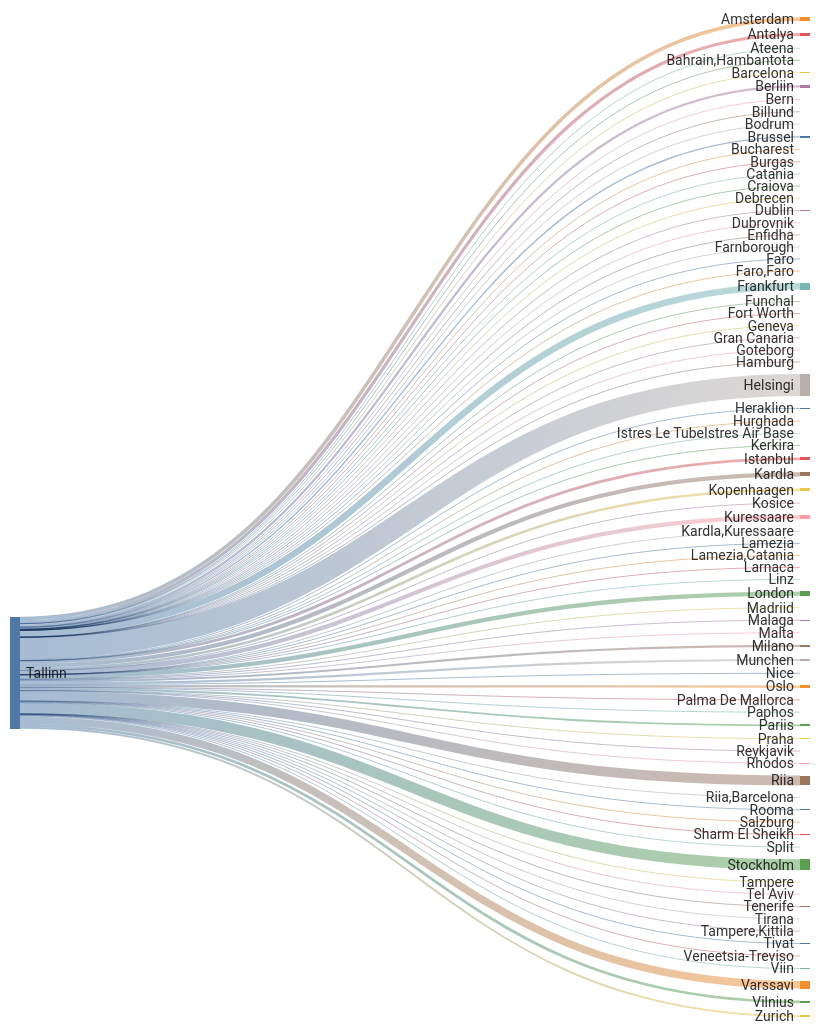
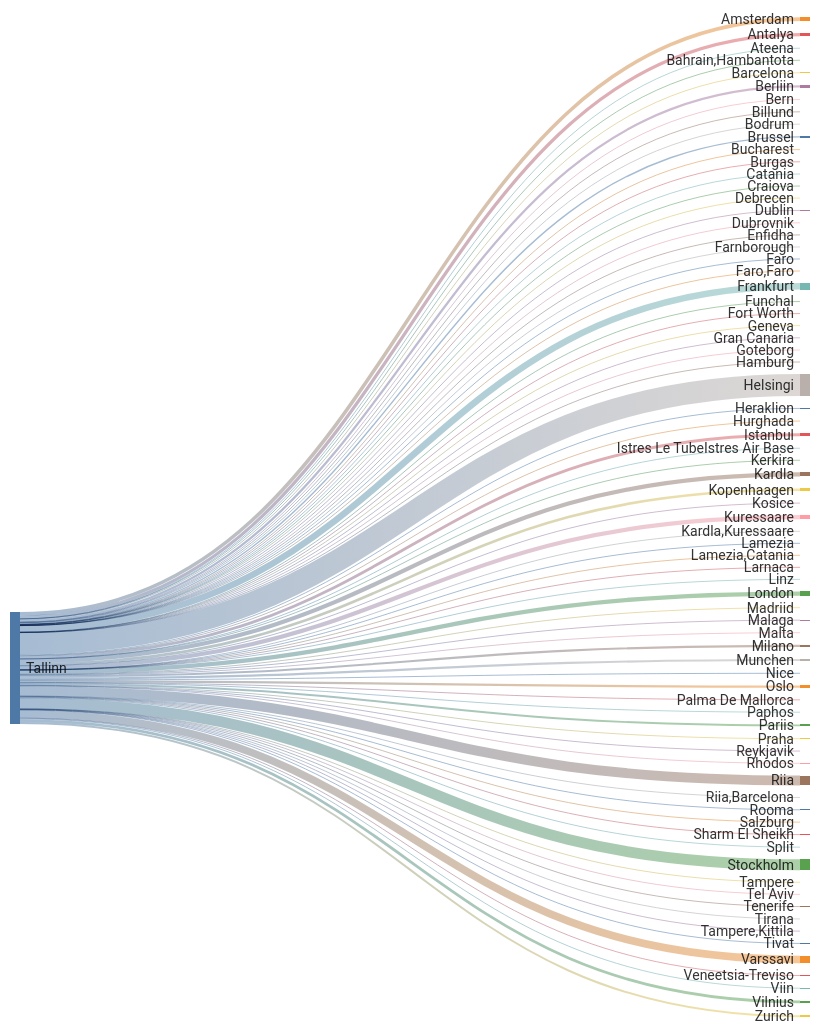
Before and after one commit to rainermesi/tll-airport-departures: the second of 2 diagrams in README.md, drawn with Mermaid. The commit also changed other lines of this file and 1 other file, not shown here.

````diff
--- a/README.md
+++ b/README.md
@@ -41,8 +41,8 @@
 ---
 sankey-beta
 %% source,target,value
-Tallinn,Amsterdam,461
-Tallinn,Antalya,420
+Tallinn,Amsterdam,463
+Tallinn,Antalya,422
 Tallinn,Ateena,16
 Tallinn,"Bahrain,Hambantota",1
 Tallinn,Barcelona,129
@@ -56,66 +56,66 @@
 Tallinn,Catania,2
 Tallinn,Craiova,1
 Tallinn,Debrecen,1
-Tallinn,Dublin,91
+Tallinn,Dublin,92
 Tallinn,Dubrovnik,21
 Tallinn,Enfidha,7
 Tallinn,Farnborough,1
 Tallinn,Faro,4
 Tallinn,"Faro,Faro",1
 Tallinn,Fort Worth,1
-Tallinn,Frankfurt,846
+Tallinn,Frankfurt,849
 Tallinn,Funchal,5
 Tallinn,Geneva,13
 Tallinn,Gran Canaria,38
 Tallinn,Goteborg,2
 Tallinn,Hamburg,2
-Tallinn,Helsingi,2855
+Tallinn,Helsingi,2865
 Tallinn,Heraklion,94
 Tallinn,Hurghada,75
-Tallinn,Istanbul,373
+Tallinn,Istanbul,374
 Tallinn,Istres Le TubeIstres Air Base,2
 Tallinn,Kerkira,4
-Tallinn,Kopenhaagen,340
+Tallinn,Kopenhaagen,342
 Tallinn,Kosice,1
-Tallinn,Kuressaare,542
-Tallinn,Kardla,544
+Tallinn,Kuressaare,544
+Tallinn,Kardla,546
 Tallinn,"Kardla,Kuressaare",1
 Tallinn,Lamezia,1
 Tallinn,"Lamezia,Catania",3
 Tallinn,Larnaca,4
 Tallinn,Linz,2
-Tallinn,London,560
+Tallinn,London,562
 Tallinn,Madriid,3
-Tallinn,Malaga,114
+Tallinn,Malaga,115
 Tallinn,Malta,27
 Tallinn,Milano,269
-Tallinn,Munchen,287
+Tallinn,Munchen,288
 Tallinn,Nice,49
-Tallinn,Oslo,290
+Tallinn,Oslo,291
 Tallinn,Palma De Mallorca,31
 Tallinn,Paphos,66
-Tallinn,Pariis,246
+Tallinn,Pariis,247
 Tallinn,Praha,81
 Tallinn,Reykjavik,17
 Tallinn,Rhodos,56
-Tallinn,Riia,1283
+Tallinn,Riia,1288
 Tallinn,"Riia,Barcelona",1
 Tallinn,Rooma,80
 Tallinn,Salzburg,14
 Tallinn,Sharm El Sheikh,101
 Tallinn,Split,49
-Tallinn,Stockholm,1406
+Tallinn,Stockholm,1411
 Tallinn,Tampere,17
 Tallinn,"Tampere,Kittila",21
 Tallinn,Tel Aviv,2
 Tallinn,Tenerife,58
 Tallinn,Tirana,30
-Tallinn,Tivat,61
-Tallinn,Varssavi,985
+Tallinn,Tivat,62
+Tallinn,Varssavi,988
 Tallinn,Veneetsia-Treviso,67
 Tallinn,Viin,106
-Tallinn,Vilnius,356
-Tallinn,Zurich,252
+Tallinn,Vilnius,358
+Tallinn,Zurich,253
 
 
 ```
````
